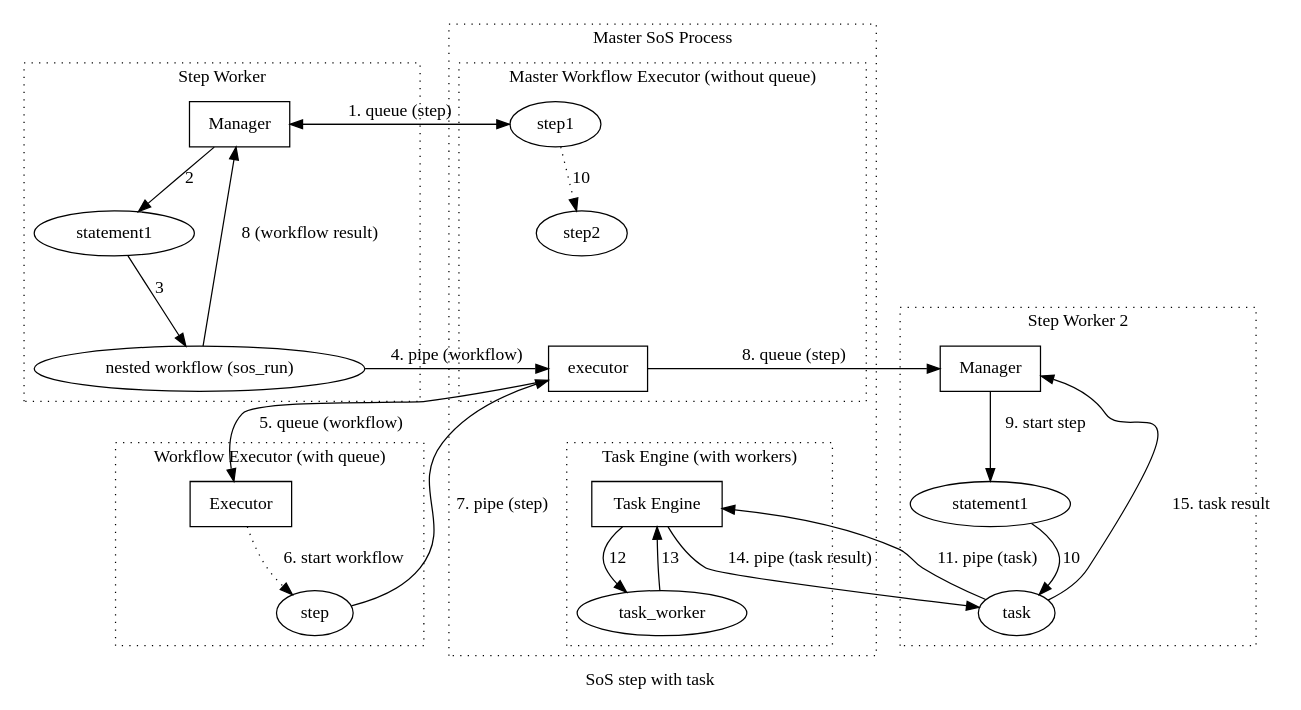
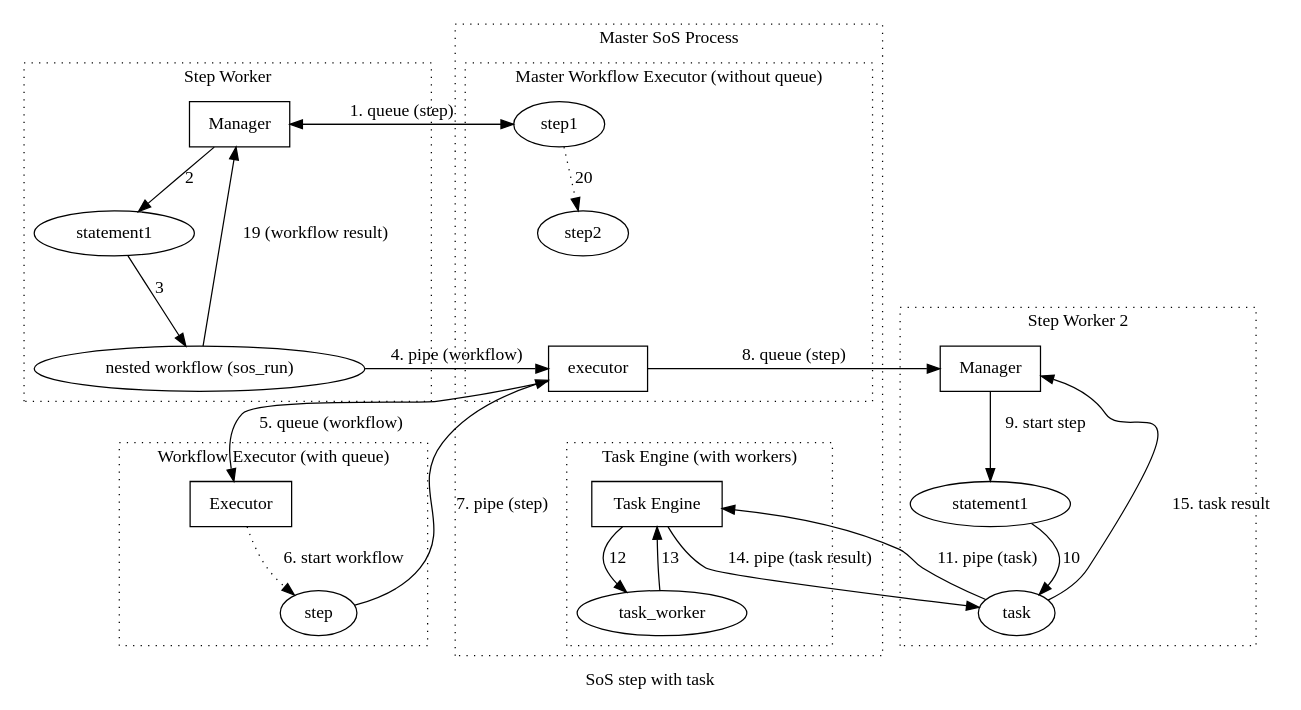
Before and after one commit to jirikuncar/SOS: the diagram in docs/doc/media/nested_workflow.dot, drawn with Graphviz.

Commit message:
Add illustration for nested workflow

```diff
--- a/docs/doc/media/nested_workflow.dot
+++ b/docs/doc/media/nested_workflow.dot
@@ -1,64 +1,64 @@
 digraph job_queue{
 	/* source nodes */
 	 label="SoS step with task";
 	 subgraph cluster_3 {
 		label="Master SoS Process";
 		style=dotted;
 		rankdir = "TB";
 		subgraph cluster_4 {
 			label="Master Workflow Executor (without queue)";
 			style=dotted;
-			step1 -> step2 [style=dotted, label="10"];
+			step1 -> step2 [style=dotted, label="20"];
 			executor[shape=box];
 			step2 -> executor[style=invis];
 		}
 		subgraph cluster_5 {
 			label="Task Engine (with workers)";
 			style="dotted";
 			task_engine [label="Task Engine", shape=box];
 
 			task_engine -> task_worker[label="12"];
 			task_worker -> task_engine[label="13"];
 		}
 	}
 	subgraph cluster_6 {
 		style=dotted;
 		label="Step Worker";
 		style=dotted;
 		worker2[shape=box, label="Manager"];
 		statement4 [label="statement1"];
 		workflow[label="nested workflow (sos_run)"];
 		worker2 -> statement4 [label="2"];
 		statement4 -> workflow [label="3"];
-		workflow -> worker2 [label="8 (workflow result)"];
+		workflow -> worker2 [label="19 (workflow result)"];
 	}
 	subgraph cluster_7 {
 		style=dotted;
 		label="Workflow Executor (with queue)";
 		style=dotted;
 		wfworker[shape=box, label="Executor"];
 		wfworker -> step3[style=dotted, label="6. start workflow"];
 		step3[label="step"];
 	}
 	subgraph cluster_8 {
 		style=dotted;
 		label="Step Worker 2";
 		style=dotted;
 		worker3[shape=box, label="Manager"];
 		worker3->statement5 [label="9. start step"];
 		statement5 [label="statement1"];
 		statement5 -> task [label="10"];
 	}
 	workflow->wfworker [style=invis];
 	executor -> task_engine[style=invis];
 	step1 -> worker2 [label="1. queue (step)"];
 	worker2 -> step1; 
 	workflow -> executor[label="4. pipe (workflow)"];
 	executor -> workflow [style=invis];
 	executor -> wfworker [label="5. queue (workflow)"];
 	task -> task_engine [label="11. pipe (task)"];
 	task_engine -> task [label="14. pipe (task result)"];
 	step3 -> executor [label="7. pipe (step)"];
 	executor -> worker3 [label="8. queue (step)"];
 	task -> worker3 [label="15. task result"];
 }
```
